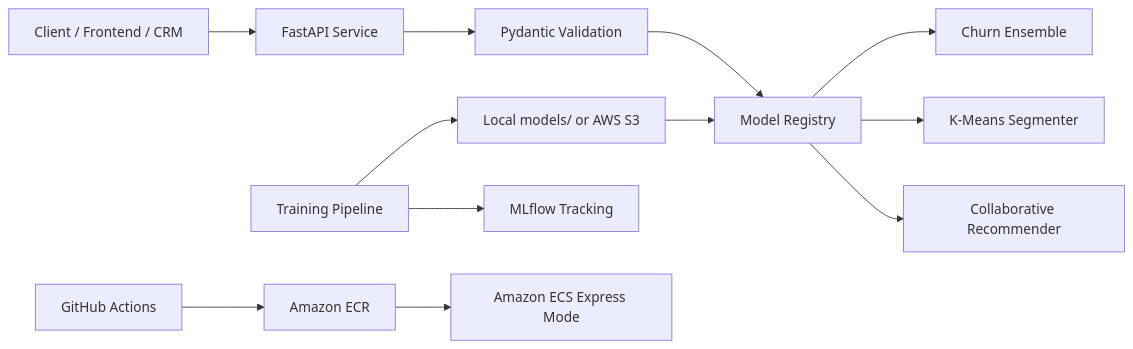
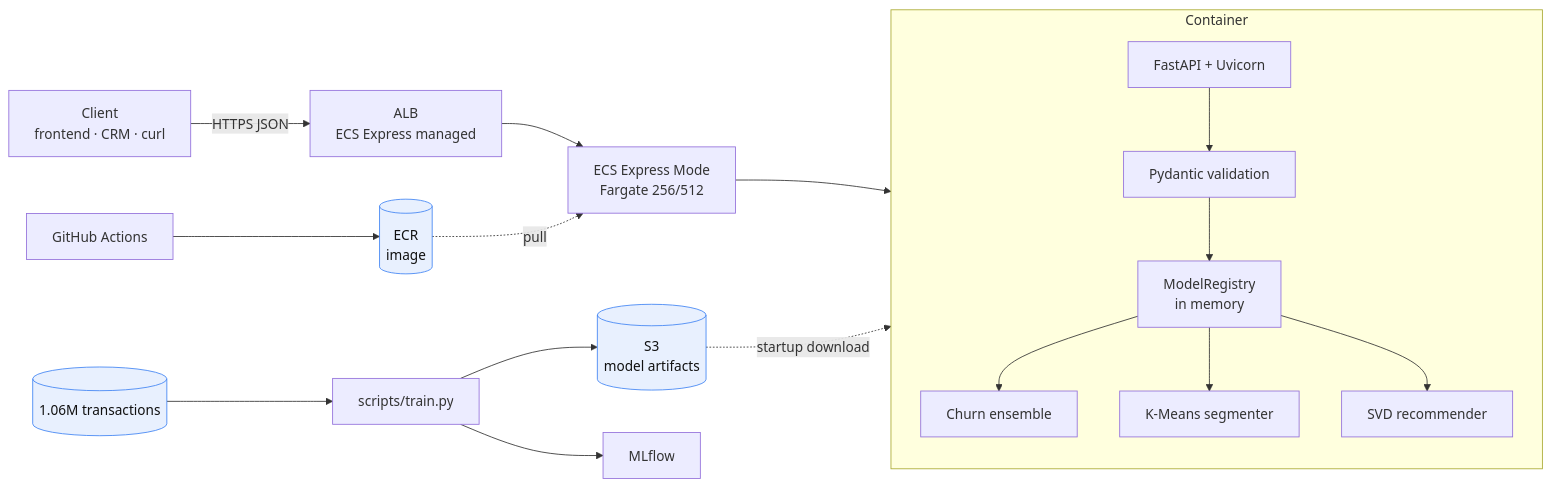
One commit to Harsh1314h/customer-intelligence-api changed the diagram in README.md. Above: the diagram before and after it, drawn with Mermaid. The commit also changed other lines of this file and 9 other files, not shown here.

````diff
--- a/README.md
+++ b/README.md
@@ -18,14 +35,26 @@
 ```mermaid
 flowchart LR
-    client["Client / Frontend / CRM"] --> api["FastAPI Service"]
-    api --> schemas["Pydantic Validation"]
-    schemas --> registry["Model Registry"]
-    registry --> churn["Churn Ensemble"]
-    registry --> segment["K-Means Segmenter"]
-    registry --> recommend["Collaborative Recommender"]
-    artifacts["Local models/ or AWS S3"] --> registry
-    train["Training Pipeline"] --> artifacts
-    train --> mlflow["MLflow Tracking"]
-    github["GitHub Actions"] --> ecr["Amazon ECR"]
-    ecr --> ecs["Amazon ECS Express Mode"]
+    client["Client<br/>frontend · CRM · curl"] -->|HTTPS JSON| alb["ALB<br/>ECS Express managed"]
+    alb --> ecs["ECS Express Mode<br/>Fargate 256/512"]
+
+    subgraph container["Container"]
+        direction TB
+        fastapi["FastAPI + Uvicorn"] --> pydantic["Pydantic validation"]
+        pydantic --> registry["ModelRegistry<br/>in memory"]
+        registry --> churn["Churn ensemble"]
+        registry --> segment["K-Means segmenter"]
+        registry --> rec["SVD recommender"]
+    end
+
+    ecs --> fastapi
+    s3[("S3<br/>model artifacts")] -.->|startup download| registry
+    ecr[("ECR<br/>image")] -.->|pull| ecs
+
+    csv[("1.06M transactions")] --> train["scripts/train.py"]
+    train --> s3
+    train --> mlflow["MLflow"]
+    gh["GitHub Actions"] --> ecr
+
+    classDef store fill:#e8f0fe,stroke:#4285f4,color:#111
+    class s3,ecr,csv store
 ```
````
